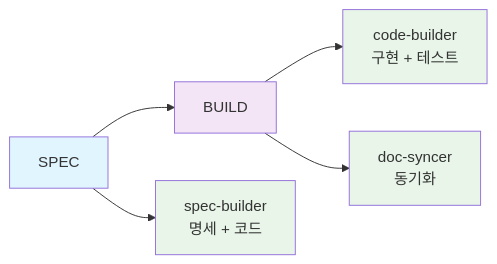
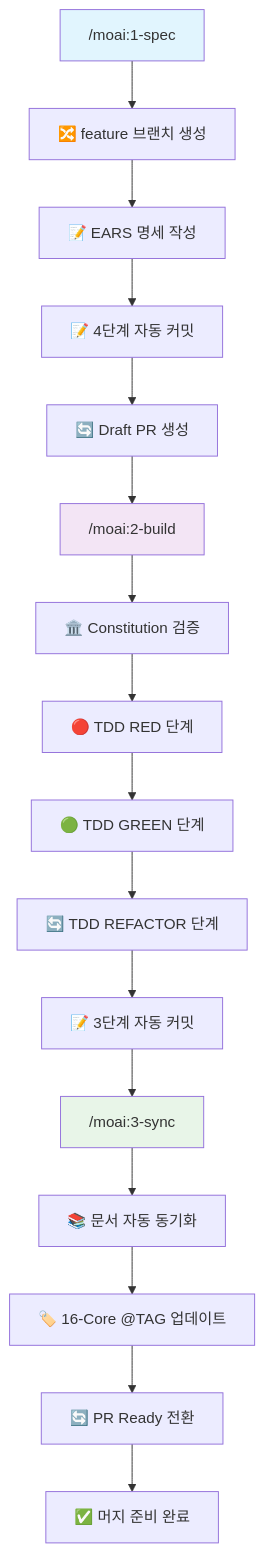
Before and after one commit to modu-ai/moai-adk: the second of 2 diagrams in docs/MOAI-ADK-0.2.0-GUIDE.md, drawn with Mermaid. The commit also changed other lines of this file and 18 other files, not shown here.

````diff
--- a/docs/MOAI-ADK-0.2.0-GUIDE.md
+++ b/docs/MOAI-ADK-0.2.0-GUIDE.md
@@ -83,14 +80,24 @@
 ```mermaid
-graph LR
-    A[SPEC] --> B[BUILD]
+graph TD
+    A["/moai:1-spec"] --> A1[🔀 feature 브랜치 생성]
+    A1 --> A2[📝 EARS 명세 작성]
+    A2 --> A3[📝 4단계 자동 커밋]
+    A3 --> A4[🔄 Draft PR 생성]
 
-    A --> A1[spec-builder<br/>명세 + 코드]
-    B --> B1[code-builder<br/>구현 + 테스트]
-    B --> B2[doc-syncer<br/>동기화]
+    A4 --> B["/moai:2-build"]
+    B --> B1[🏛️ Constitution 검증]
+    B1 --> B2[🔴 TDD RED 단계]
+    B2 --> B3[🟢 TDD GREEN 단계]
+    B3 --> B4[🔄 TDD REFACTOR 단계]
+    B4 --> B5[📝 3단계 자동 커밋]
+
+    B5 --> C["/moai:3-sync"]
+    C --> C1[📚 문서 자동 동기화]
+    C1 --> C2[🏷️ 16-Core @TAG 업데이트]
+    C2 --> C3[🔄 PR Ready 전환]
+    C3 --> C4[✅ 머지 준비 완료]
 
     style A fill:#e1f5fe
     style B fill:#f3e5f5
-    style A1 fill:#e8f5e8
-    style B1 fill:#e8f5e8
-    style B2 fill:#e8f5e8
+    style C fill:#e8f5e8
 ```
````
